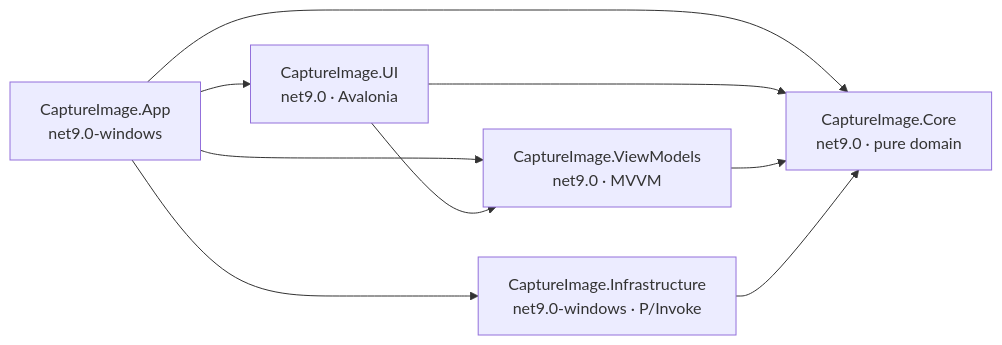
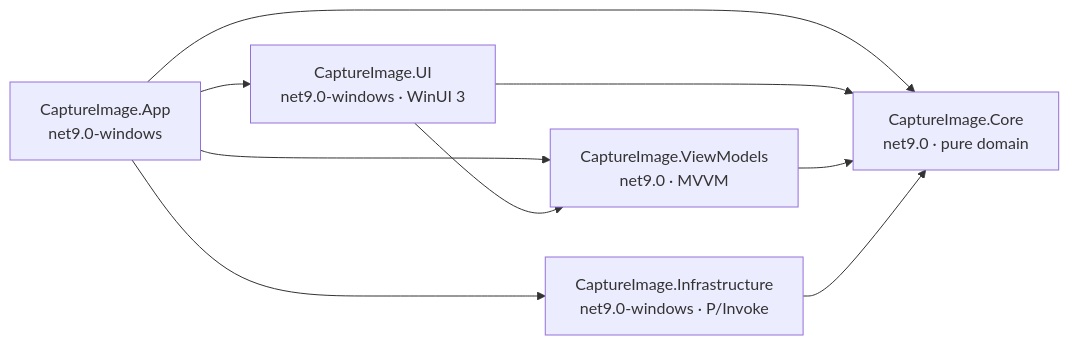
The first of 6 diagrams in docs/ARCHITECTURE.md (poli0981/captureimg), drawn with Mermaid before and after one commit. The commit also changed other lines of this file and 8 other files, not shown here.

````diff
--- a/docs/ARCHITECTURE.md
+++ b/docs/ARCHITECTURE.md
@@ -31,17 +32,17 @@
 ```mermaid
 graph LR
   App[CaptureImage.App<br/>net9.0-windows]
-  UI[CaptureImage.UI<br/>net9.0 · Avalonia]
+  UI[CaptureImage.UI<br/>net9.0-windows · WinUI 3]
   VM[CaptureImage.ViewModels<br/>net9.0 · MVVM]
   Infra[CaptureImage.Infrastructure<br/>net9.0-windows · P/Invoke]
   Core[CaptureImage.Core<br/>net9.0 · pure domain]
 
   App --> UI
   App --> Infra
   App --> VM
   App --> Core
   UI --> VM
   UI --> Core
   VM --> Core
   Infra --> Core
 ```
````
